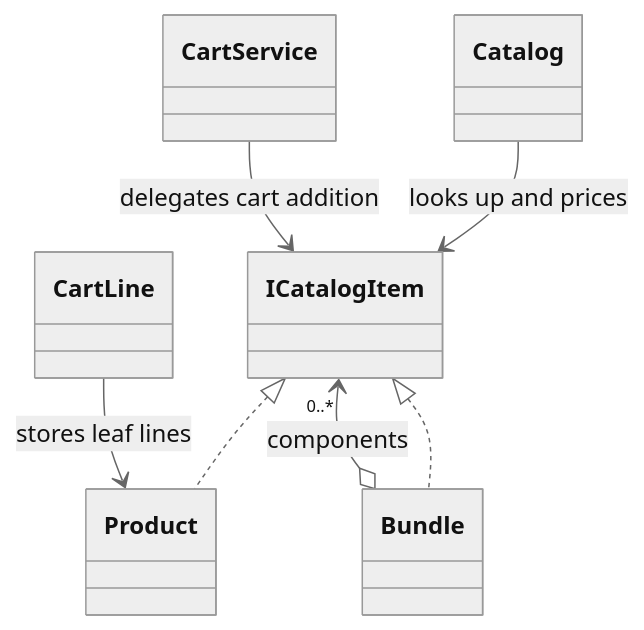
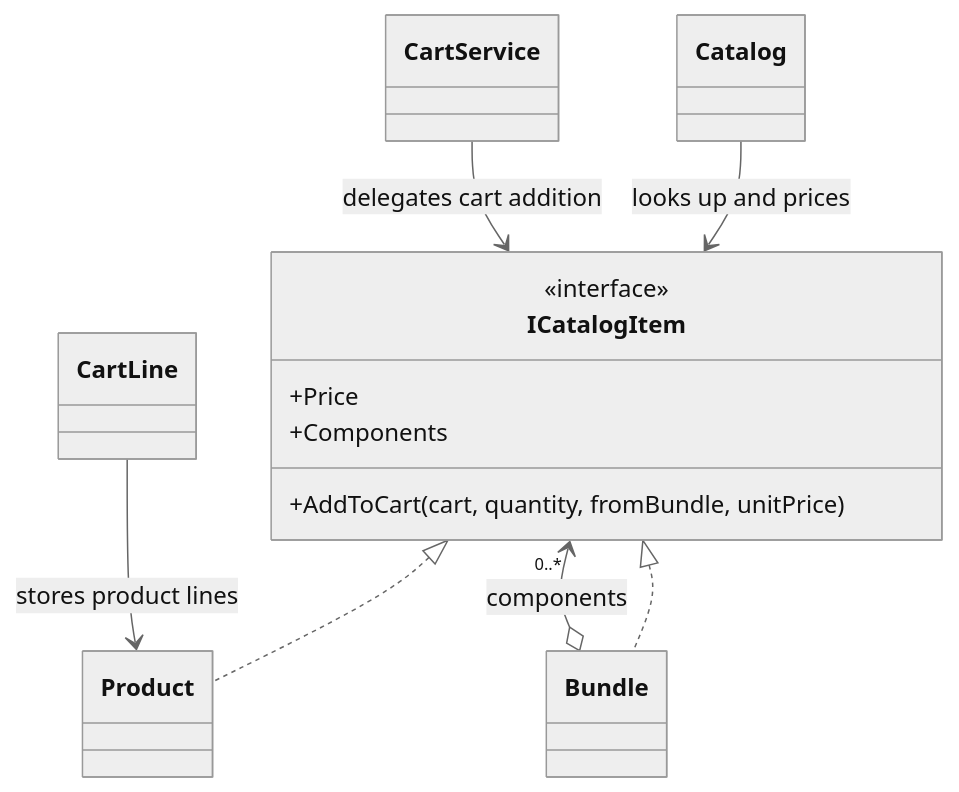
The first of 2 diagrams in patterns/structural/composite/README.md (vaughnellis/gang-of-four-in-action), drawn with Mermaid (neutral theme) before and after one commit. The commit also changed other lines of this file and 34 other files, not shown here.

````diff
--- a/patterns/structural/composite/README.md
+++ b/patterns/structural/composite/README.md
@@ -28,9 +74,15 @@
 ```mermaid
 classDiagram
+    class ICatalogItem {
+        <<interface>>
+        +Price
+        +Components
+        +AddToCart(cart, quantity, fromBundle, unitPrice)
+    }
     ICatalogItem <|.. Product
     ICatalogItem <|.. Bundle
     Bundle o--> "0..*" ICatalogItem : components
     Catalog --> ICatalogItem : looks up and prices
     CartService --> ICatalogItem : delegates cart addition
-    CartLine --> Product : stores leaf lines
+    CartLine --> Product : stores product lines
 ```
````
